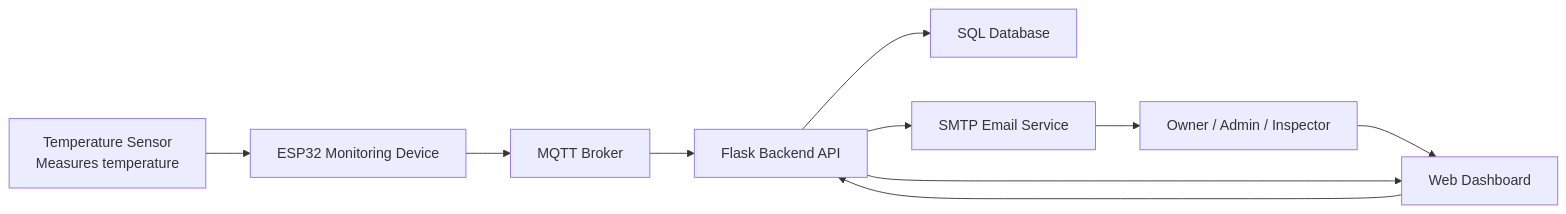
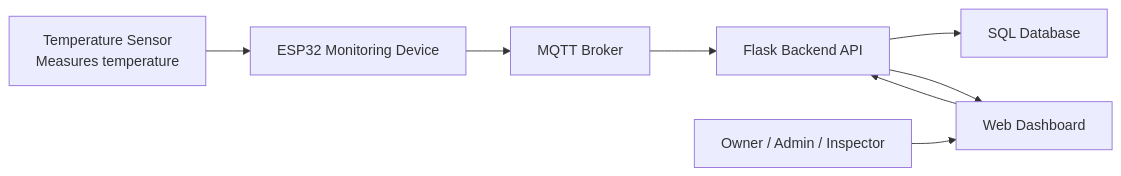
The first of 2 diagrams in Stage 3/4. Document External and Internal APIs/API Documentation.md (rabea14180-max/Portfolio-Project), drawn with Mermaid before and after one commit. The commit also changed other lines of this file, not shown here.

First line of the commit message:
Remove SMTP Email Service from API documentation

````diff
--- a/Stage 3/4. Document External and Internal APIs/API Documentation.md
+++ b/Stage 3/4. Document External and Internal APIs/API Documentation.md
@@ -20,21 +19,18 @@
 ```mermaid
 flowchart LR
     Sensor["Temperature Sensor<br/>Measures temperature"]
     ESP32["ESP32 Monitoring Device"]
     MQTT["MQTT Broker"]
     API["Flask Backend API"]
     DB["SQL Database"]
     Dashboard["Web Dashboard"]
-    Email["SMTP Email Service"]
     Users["Owner / Admin / Inspector"]
 
     Users --> Dashboard
     Dashboard --> API
     Sensor --> ESP32
     ESP32 --> MQTT
     MQTT --> API
     API --> DB
     API --> Dashboard
-    API --> Email
-    Email --> Users
 ```
````
